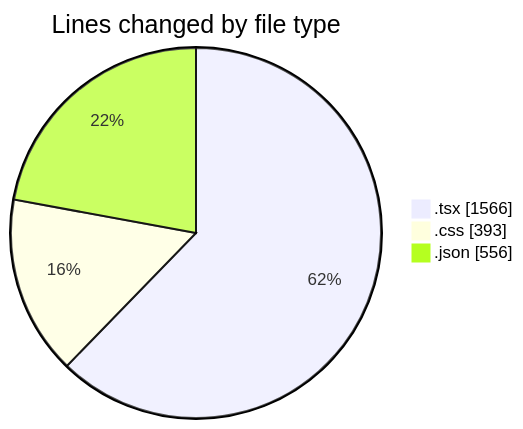
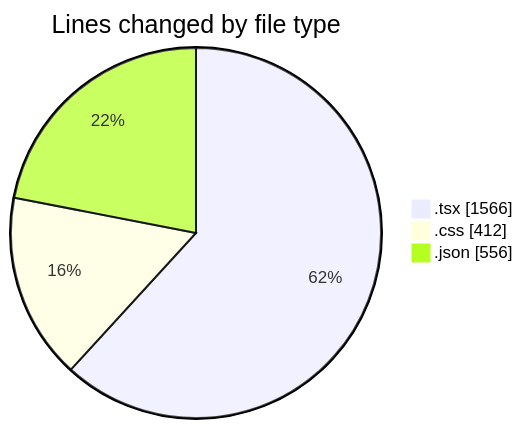
Before and after one commit to EIIisD/code-tracking: the first of 2 diagrams in 2025-08-04/tw-server/README.md, drawn with Mermaid. The commit also changed other lines of this file and 1 other file, not shown here.

````diff
--- a/2025-08-04/tw-server/README.md
+++ b/2025-08-04/tw-server/README.md
@@ -28,7 +28,7 @@
 ```mermaid
 pie showData
 title Lines changed by file type
 ".tsx" : 1566
-".css" : 393
+".css" : 412
 ".json" : 556
 ```
````
